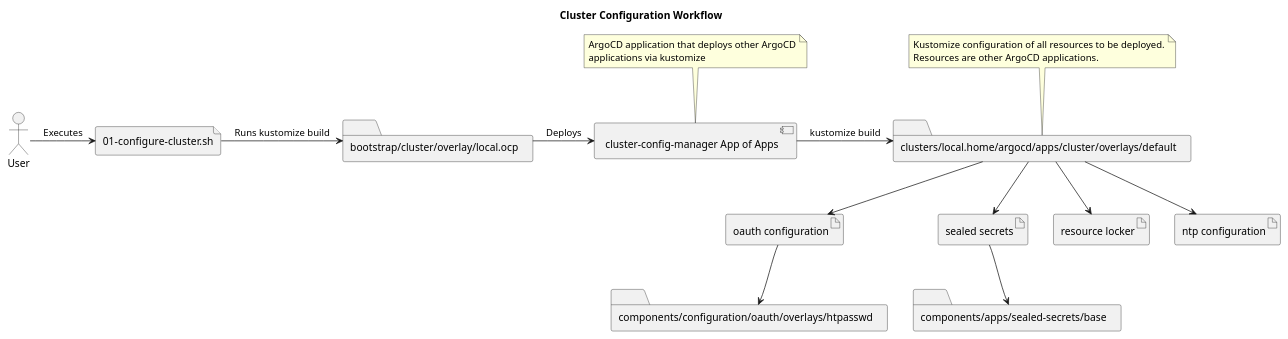
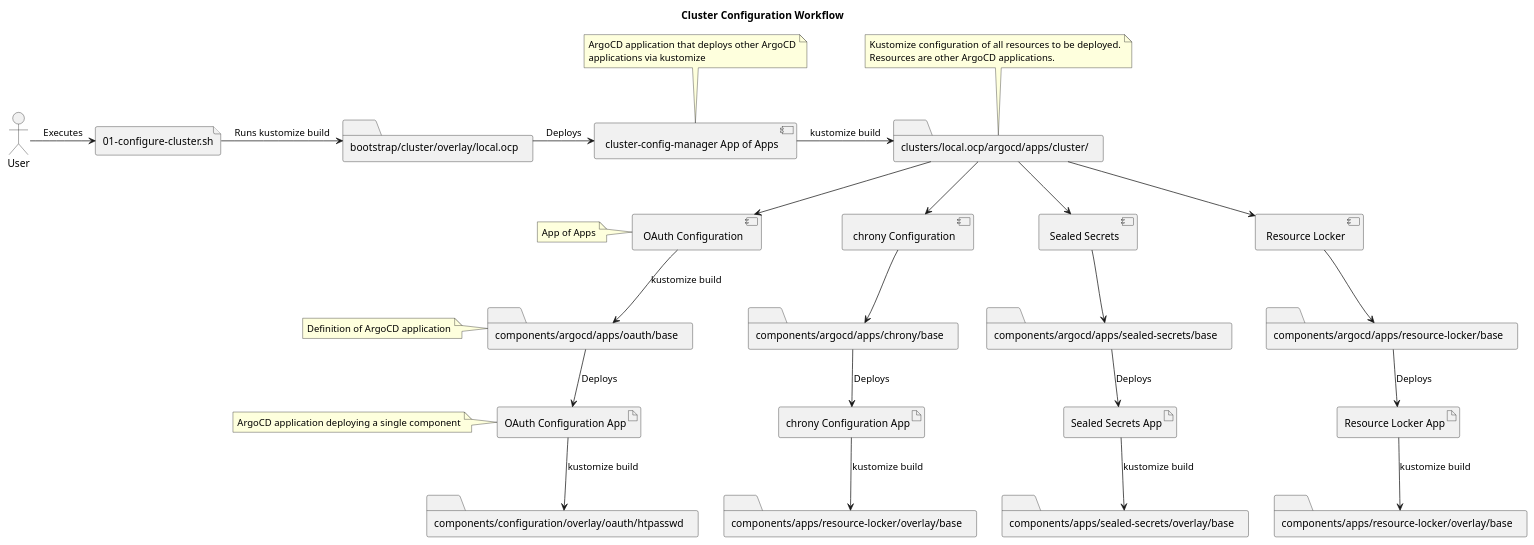
One commit to tosmi-gitops/openshift-gitops changed the second of 2 diagrams in docs/cluster-config-workflow.org. Above: the diagram before and after it, drawn with PlantUML. The commit also changed 1 other file, not shown here.

```diff
--- a/docs/cluster-config-workflow.org
+++ b/docs/cluster-config-workflow.org
@@ -31,44 +31,80 @@
   #+begin_src plantuml :file cluster-config-workflow.png
 @startuml
 title Cluster Configuration Workflow
 
 actor User
 file "01-configure-cluster.sh" as script
 folder "bootstrap/cluster/overlay/local.ocp" as clusteroverlay
 component "cluster-config-manager App of Apps" as configmanager
-folder "clusters/local.home/argocd/apps/cluster/overlays/default" as clusterapp
+folder "clusters/local.ocp/argocd/apps/cluster/" as clusterapp
 
-artifact "oauth configuration" as oauth
-folder "components/configuration/oauth/overlays/htpasswd" as oauthfolder
+component "OAuth Configuration" as oauth
+folder "components/argocd/apps/oauth/base" as oauthfolder
+artifact "OAuth Configuration App" as oauthapp
+folder "components/configuration/overlay/oauth/htpasswd" as oauthappfolder
 
-artifact "sealed secrets" as sealedsecrets
-folder "components/apps/sealed-secrets/base" as sealedsecretsfolder
+component "chrony Configuration" as chrony
+folder "components/argocd/apps/chrony/base" as chronyfolder
+artifact "chrony Configuration App" as chronyapp
+folder "components/apps/resource-locker/overlay/base" as chronyappfolder
 
-artifact "resource locker" as resourcelocker
-artifact "ntp configuration" as ntp
+component "Sealed Secrets" as sealedsecrets
+folder "components/argocd/apps/sealed-secrets/base" as sealedsecretsfolder
+artifact "Sealed Secrets App" as sealedsecretsapp
+folder "components/apps/sealed-secrets/overlay/base" as sealedsecretsappfolder
+
+component "Resource Locker" as resourcelocker
+folder "components/argocd/apps/resource-locker/base" as resourcelockerfolder
+artifact "Resource Locker App" as resourcelockerapp
+folder "components/apps/resource-locker/overlay/base" as resourcelockerappfolder
+
 
 User -> script : Executes
 script -> clusteroverlay : Runs kustomize build
 clusteroverlay -> configmanager : Deploys
 configmanager -> clusterapp : kustomize build
 
 clusterapp --> oauth
-oauth --> oauthfolder
+oauth --> oauthfolder : kustomize build
+oauthfolder --> oauthapp : Deploys
+oauthapp --> oauthappfolder : kustomize build
+
+clusterapp --> chrony
+chrony --> chronyfolder
+chronyfolder --> chronyapp : Deploys
+chronyapp --> chronyappfolder : kustomize build
 
 clusterapp --> sealedsecrets
 sealedsecrets --> sealedsecretsfolder
+sealedsecretsfolder --> sealedsecretsapp : Deploys
+sealedsecretsapp --> sealedsecretsappfolder : kustomize build
 
 clusterapp --> resourcelocker
-clusterapp --> ntp
+resourcelocker --> resourcelockerfolder
+resourcelockerfolder --> resourcelockerapp : Deploys
+resourcelockerapp --> resourcelockerappfolder : kustomize build
+
 
 note top of configmanager
 	ArgoCD application that deploys other ArgoCD
 	applications via kustomize
 end note
 
 note top of clusterapp
 	Kustomize configuration of all resources to be deployed.
 	Resources are other ArgoCD applications.
 end note
+
+note left of oauth
+	App of Apps
+end note
+
+note left of oauthfolder
+	Definition of ArgoCD application
+end note
+
+note left of oauthapp
+	ArgoCD application deploying a single component
+end note
 @enduml
   #+end_src
```
